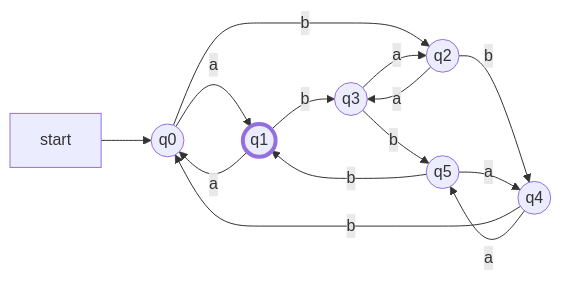
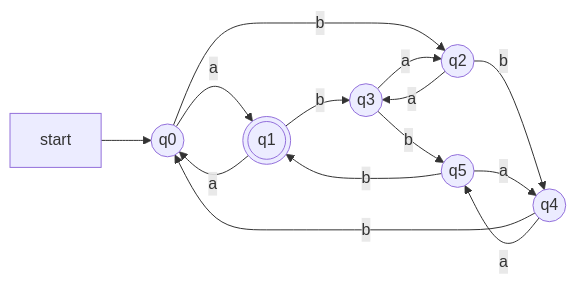
Before and after one commit to Myyura/the_kai_project: the diagram in docs/UEC/informatics_and_engineering/is/2026/is_202508_sentaku_4.md, drawn with Mermaid. The commit also changed 366 other files, not shown here.

````diff
--- a/docs/UEC/informatics_and_engineering/is/2026/is_202508_sentaku_4.md
+++ b/docs/UEC/informatics_and_engineering/is/2026/is_202508_sentaku_4.md
@@ -158,18 +158,16 @@
 ```mermaid
 flowchart LR
   start["start"] --> q0((q0))
-  q0 -->|a| q1((q1))
+  q0 -->|a| q1(((q1)))
   q1 -->|a| q0
   q0 -->|b| q2((q2))
   q2 -->|b| q4((q4))
   q4 -->|b| q0
   q1 -->|b| q3((q3))
   q3 -->|b| q5((q5))
   q5 -->|b| q1
   q2 -->|a| q3
   q3 -->|a| q2
   q4 -->|a| q5
   q5 -->|a| q4
-  classDef accepting stroke-width:4px
-  class q1 accepting
 ```
````
